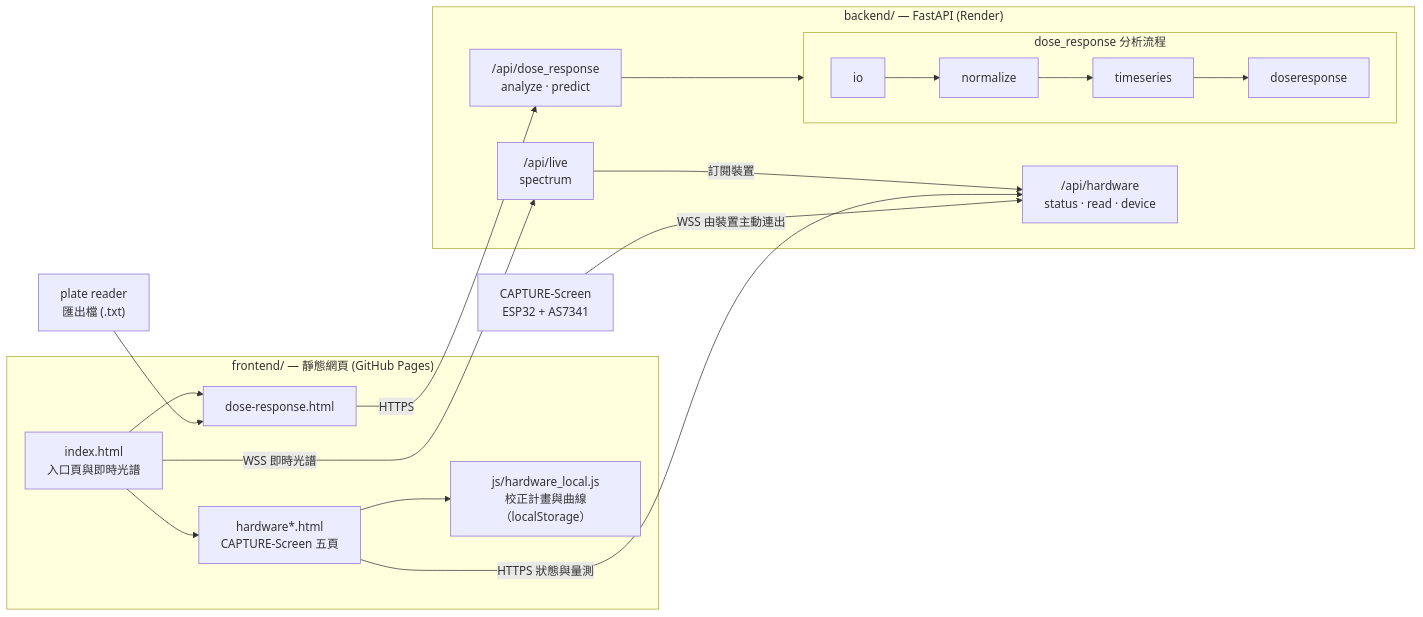
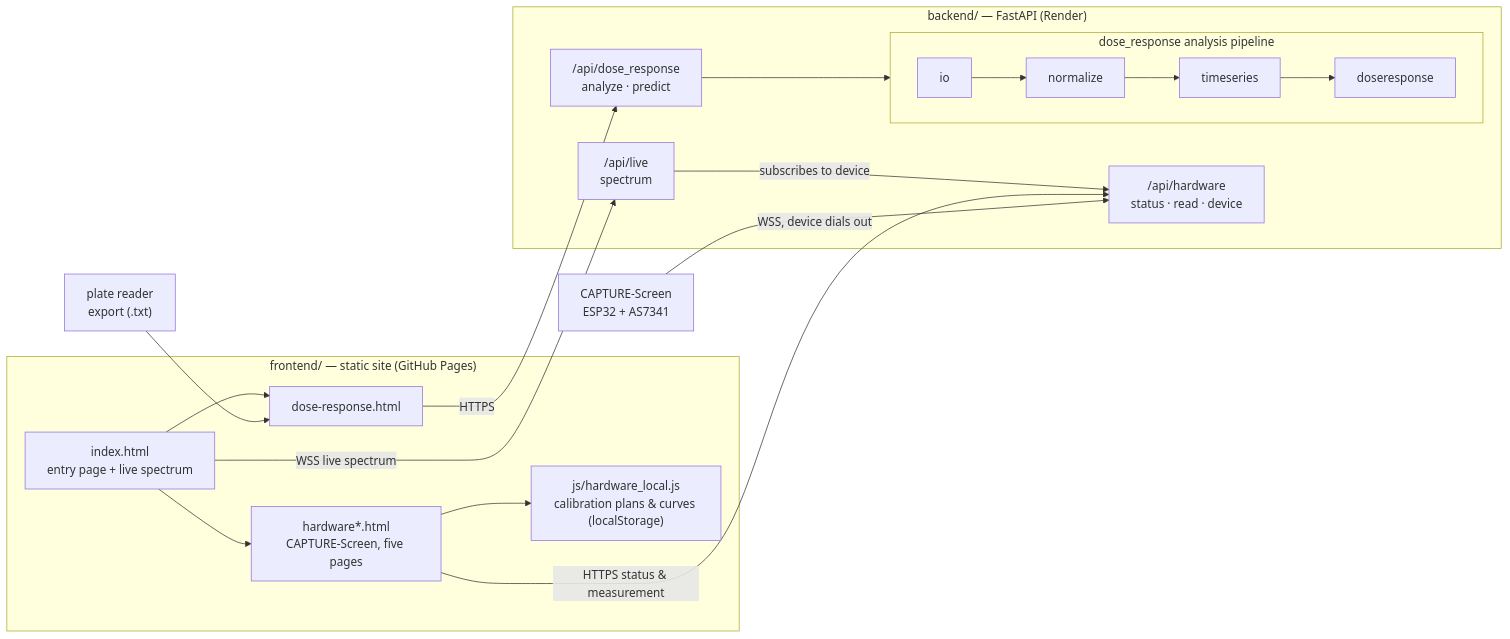
Before and after one commit to igem-ncku-software/igem-software: the diagram in README.md, drawn with Mermaid. The commit also changed other lines of this file and 35 other files, not shown here.

````diff
--- a/README.md
+++ b/README.md
@@ -14,33 +14,33 @@
 ```mermaid
 flowchart LR
-    FILE["plate reader<br/>匯出檔 (.txt)"]
+    FILE["plate reader<br/>export (.txt)"]
     DEV["CAPTURE-Screen<br/>ESP32 + AS7341"]
 
-    subgraph FE["frontend/ — 靜態網頁 (GitHub Pages)"]
-        IDX["index.html<br/>入口頁與即時光譜"]
+    subgraph FE["frontend/ — static site (GitHub Pages)"]
+        IDX["index.html<br/>entry page + live spectrum"]
         DR["dose-response.html"]
-        HW["hardware*.html<br/>CAPTURE-Screen 五頁"]
-        LOCAL["js/hardware_local.js<br/>校正計畫與曲線（localStorage）"]
+        HW["hardware*.html<br/>CAPTURE-Screen, five pages"]
+        LOCAL["js/hardware_local.js<br/>calibration plans & curves (localStorage)"]
         IDX --> DR
         IDX --> HW
         HW --> LOCAL
     end
 
     subgraph BE["backend/ — FastAPI (Render)"]
         RT1["/api/dose_response<br/>analyze · predict"]
         HUB["/api/hardware<br/>status · read · device"]
         LIVE["/api/live<br/>spectrum"]
-        LIVE -->|訂閱裝置| HUB
-        subgraph PIPE["dose_response 分析流程"]
+        LIVE -->|subscribes to device| HUB
+        subgraph PIPE["dose_response analysis pipeline"]
             direction LR
             IO["io"] --> NRM["normalize"] --> TS["timeseries"] --> DRS["doseresponse"]
         end
         RT1 --> PIPE
     end
 
     FILE --> DR
     DR -->|HTTPS| RT1
-    IDX -->|WSS 即時光譜| LIVE
-    HW -->|HTTPS 狀態與量測| HUB
-    DEV -->|WSS 由裝置主動連出| HUB
+    IDX -->|WSS live spectrum| LIVE
+    HW -->|HTTPS status & measurement| HUB
+    DEV -->|WSS, device dials out| HUB
 ```
````
